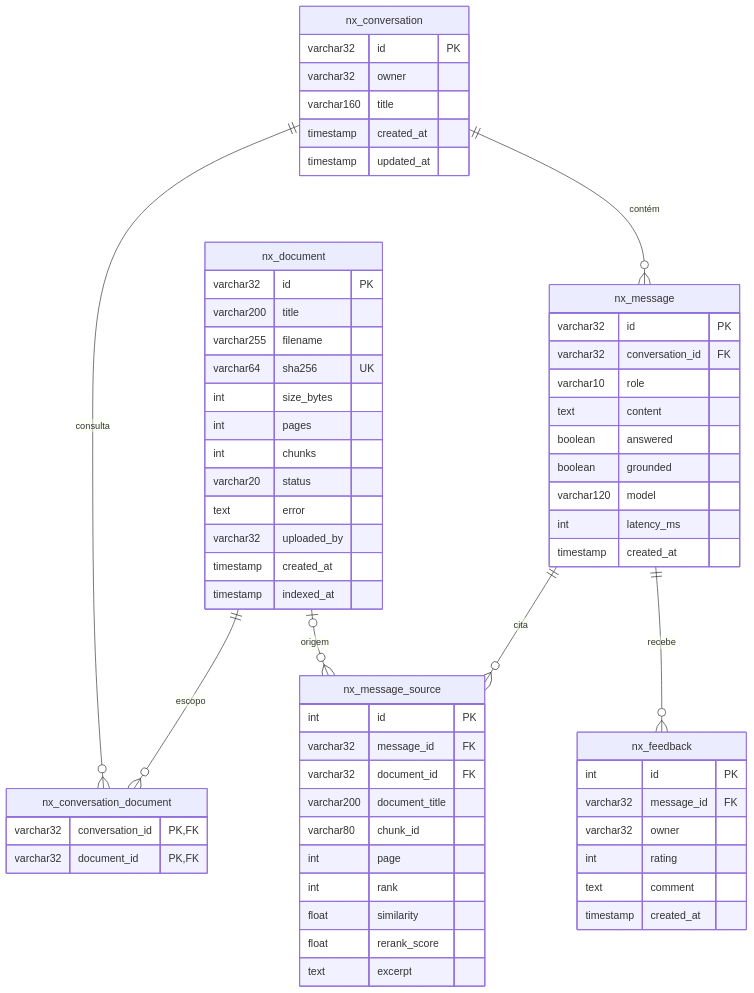
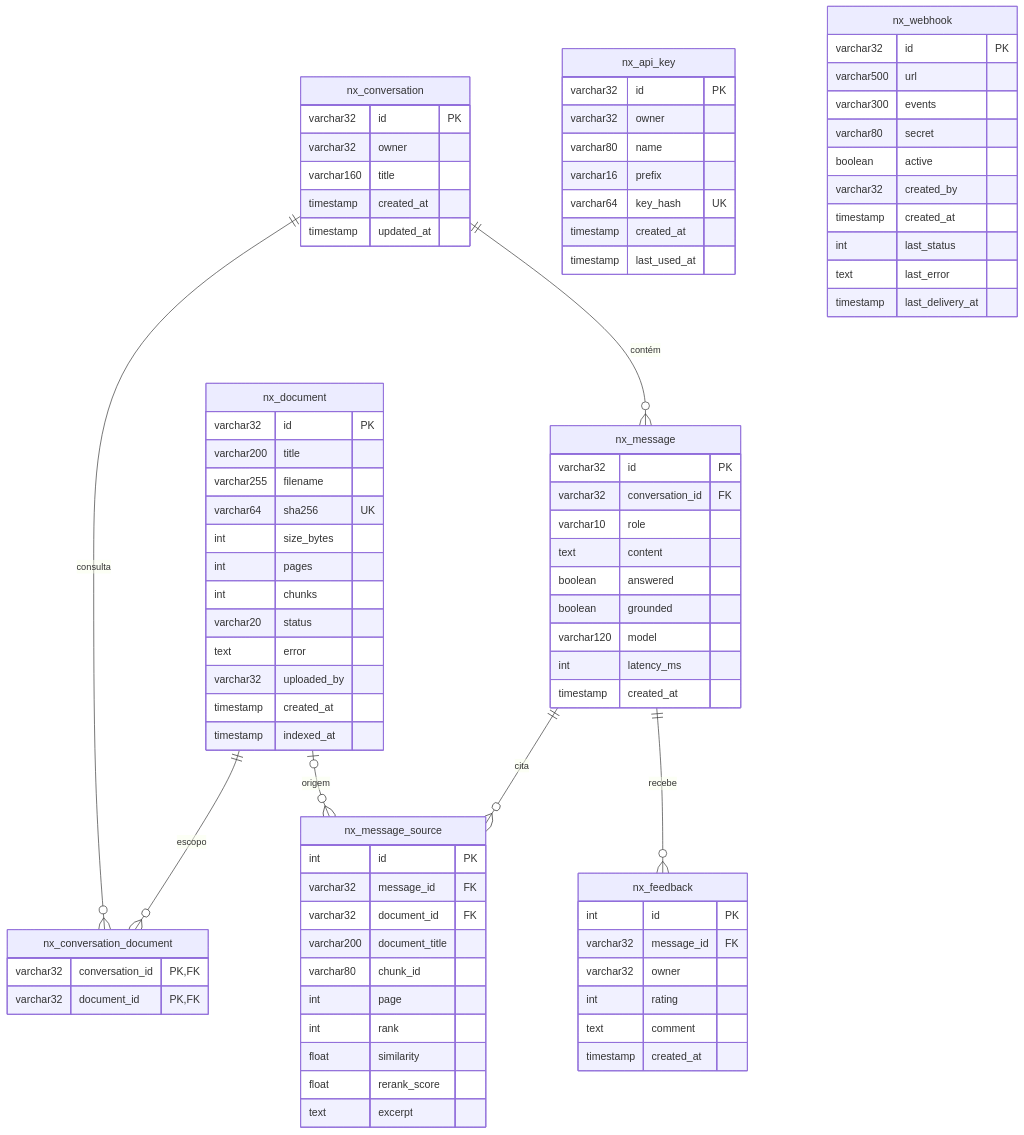
One commit to ravelroot/Retrieval-Augmented-QA-System changed the diagram in docs/banco-de-dados.md. Above: the diagram before and after it, drawn with Mermaid. The commit also changed other lines of this file and 59 other files, not shown here.

````diff
--- a/docs/banco-de-dados.md
+++ b/docs/banco-de-dados.md
@@ -77,4 +77,25 @@
         text comment
         timestamp created_at
     }
+    nx_api_key {
+        varchar32 id PK
+        varchar32 owner
+        varchar80 name
+        varchar16 prefix
+        varchar64 key_hash UK
+        timestamp created_at
+        timestamp last_used_at
+    }
+    nx_webhook {
+        varchar32 id PK
+        varchar500 url
+        varchar300 events
+        varchar80 secret
+        boolean active
+        varchar32 created_by
+        timestamp created_at
+        int last_status
+        text last_error
+        timestamp last_delivery_at
+    }
 ```
````
